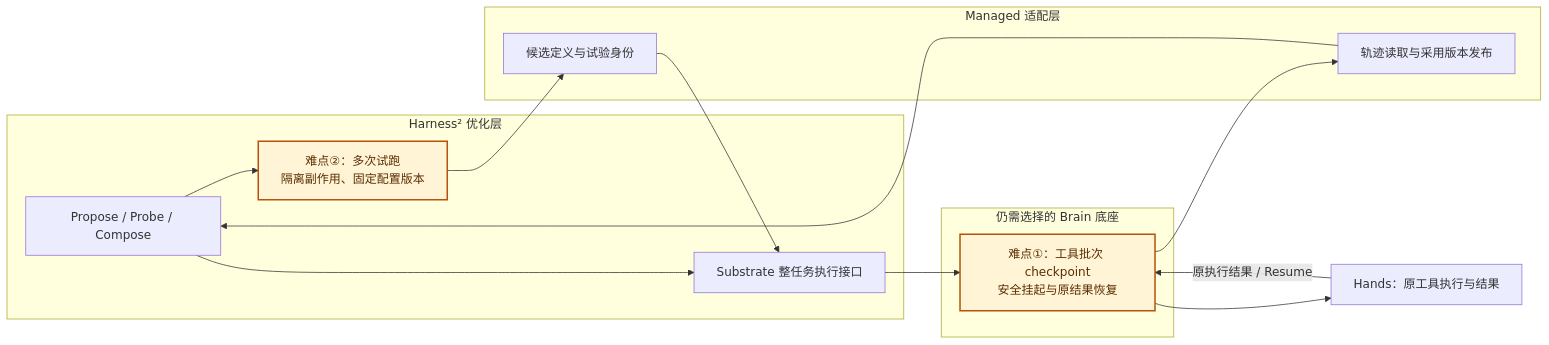
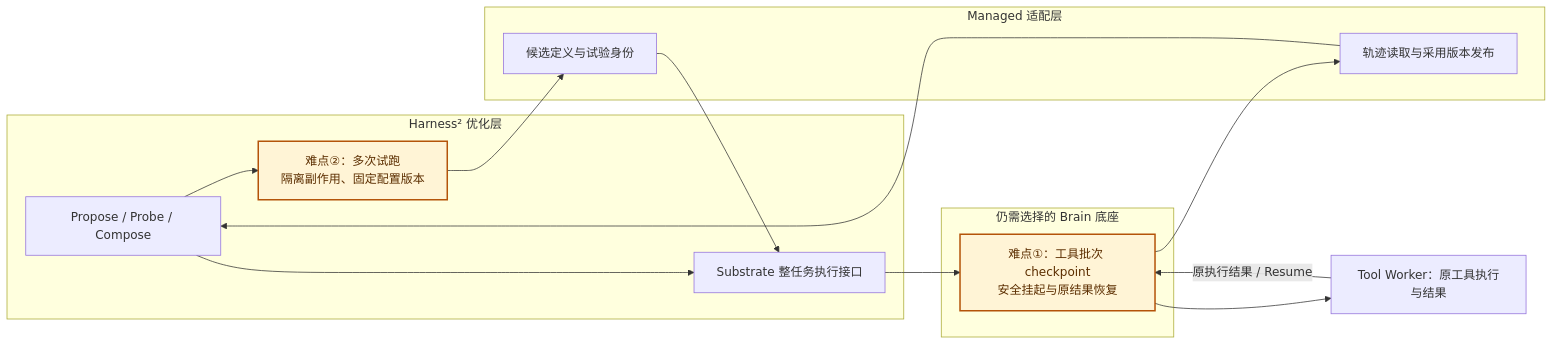
The first of 2 diagrams in agentscope-service/docs/harness2-pi-brain-evaluation.md (agentscope-ai/agentscope-java), drawn with Mermaid before and after one commit. The commit also changed other lines of this file and 4515 other files, not shown here.

````diff
--- a/agentscope-service/docs/harness2-pi-brain-evaluation.md
+++ b/agentscope-service/docs/harness2-pi-brain-evaluation.md
@@ -33,21 +33,21 @@
 ```mermaid
 flowchart LR
     subgraph K["Harness² 优化层"]
         A["Propose / Probe / Compose"] --> X["难点②：多次试跑<br/>隔离副作用、固定配置版本"]
         A --> S["Substrate 整任务执行接口"]
     end
     subgraph M["Managed 适配层"]
         D["候选定义与试验身份"]
         E["轨迹读取与采用版本发布"]
     end
     subgraph B["仍需选择的 Brain 底座"]
         R["难点①：工具批次 checkpoint<br/>安全挂起与原结果恢复"]
     end
-    H["Hands：原工具执行与结果"]
+    H["Tool Worker：原工具执行与结果"]
     X --> D --> S
     S --> R --> H
     H -->|"原执行结果 / Resume"| R
     R --> E --> A
     classDef risk fill:#fff4d6,stroke:#b45309,stroke-width:2px,color:#5c2e00
     class X,R risk
 ```
````
